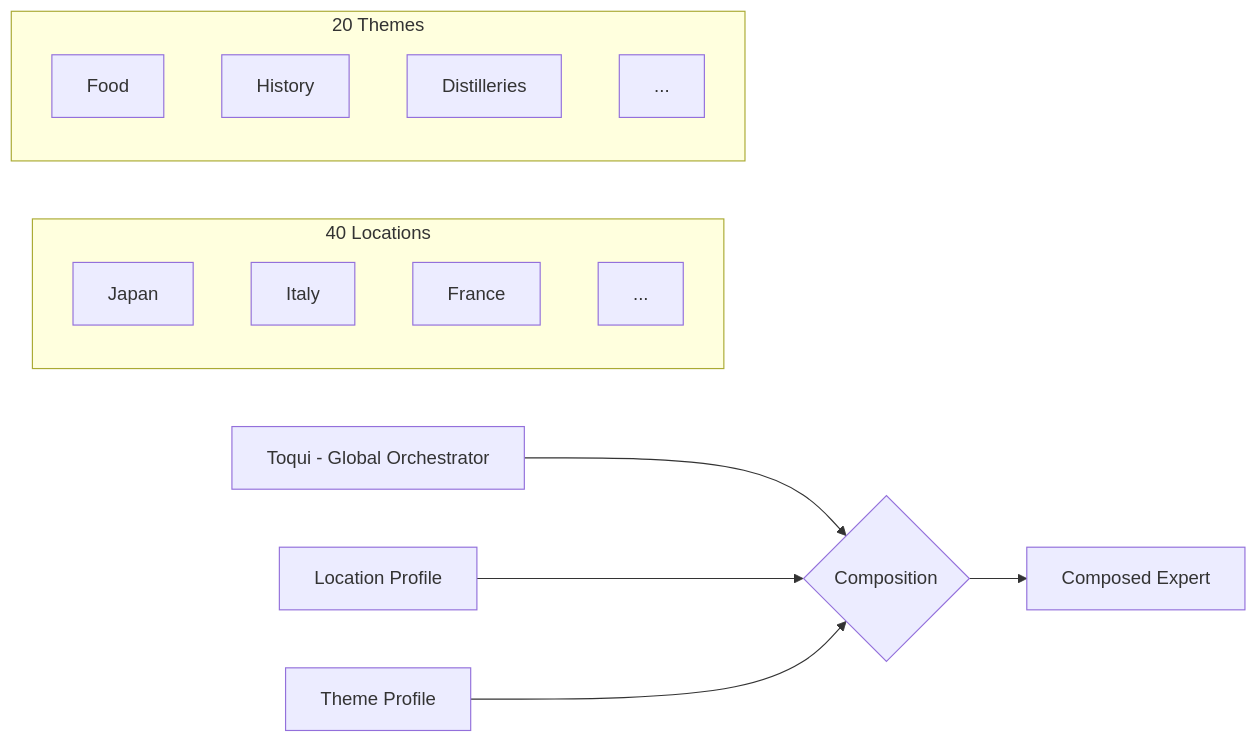
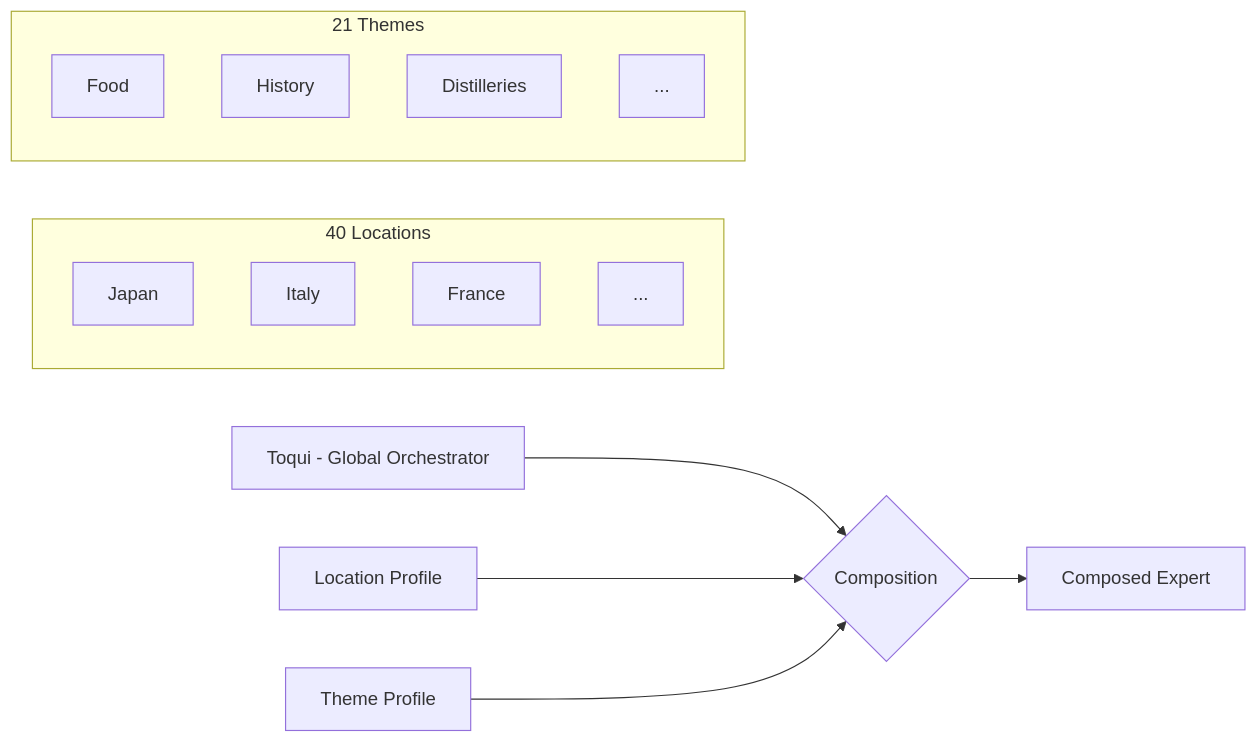
The third of 3 diagrams in CLAUDE.md (gallowaysoftware/toqui), drawn with Mermaid before and after one commit. The commit also changed other lines of this file and 2 other files, not shown here.

````diff
--- a/CLAUDE.md
+++ b/CLAUDE.md
@@ -301,21 +301,21 @@
 ```mermaid
 graph LR
     T[Toqui - Global Orchestrator] --> C{Composition}
     L[Location Profile] --> C
     TH[Theme Profile] --> C
     C --> E[Composed Expert]
 
     subgraph "40 Locations"
         L1[Japan]
         L2[Italy]
         L3[France]
         L4[...]
     end
 
-    subgraph "20 Themes"
+    subgraph "21 Themes"
         TH1[Food]
         TH2[History]
         TH3[Distilleries]
         TH4[...]
     end
 ```
````
